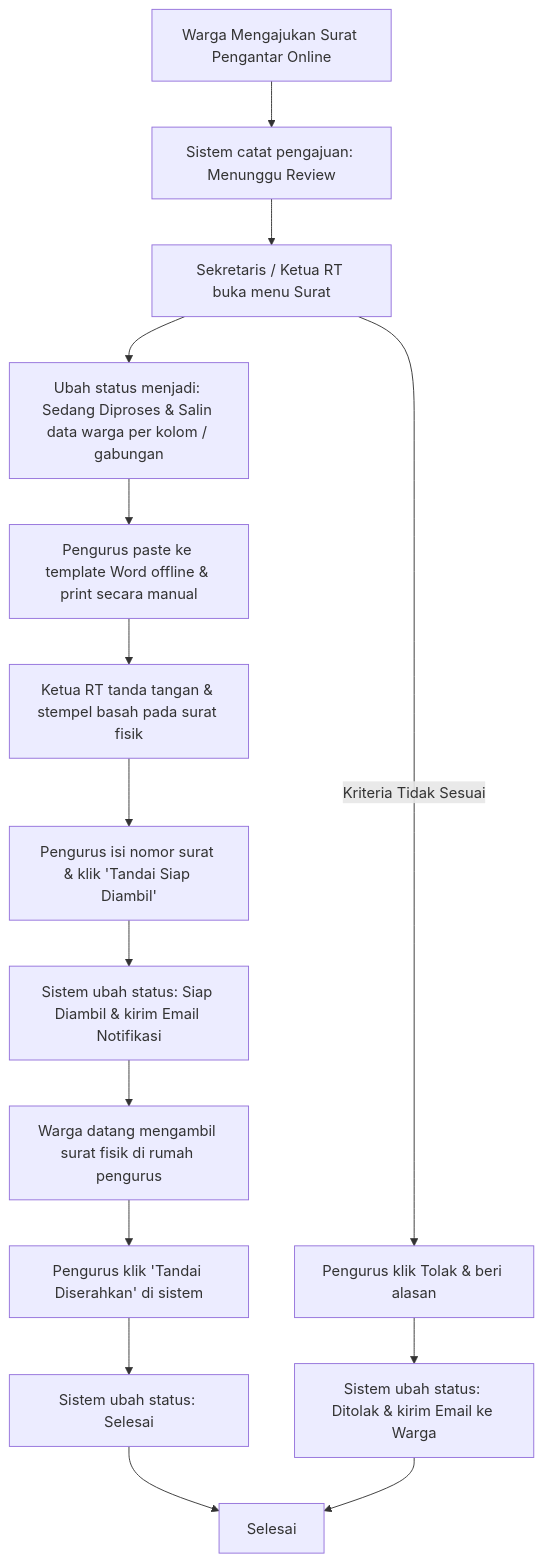
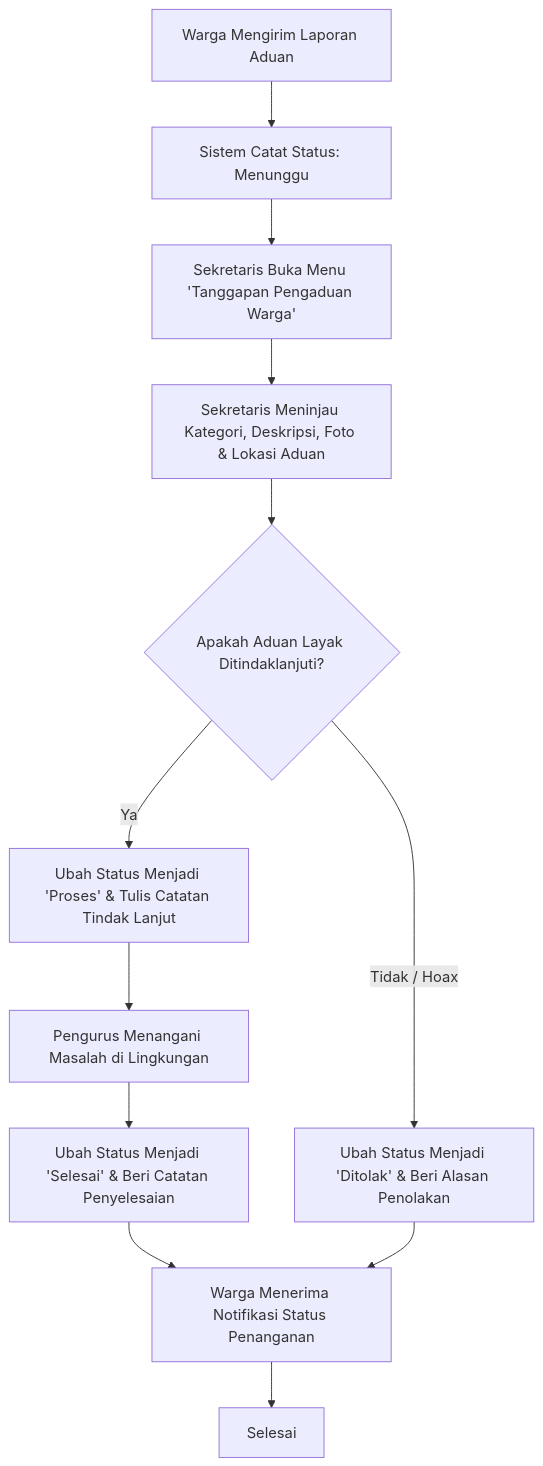
Before and after one commit to Araihan413/wargaku: the fourth of 5 diagrams in docs/roles/sekretaris.md, drawn with Mermaid. The commit also changed other lines of this file and 24 other files, not shown here.

````diff
--- a/docs/roles/sekretaris.md
+++ b/docs/roles/sekretaris.md
@@ -63,19 +136,17 @@
 ```mermaid
 flowchart TD
-    A[Warga Mengajukan Surat Pengantar Online] --> B[Sistem catat pengajuan: Menunggu Review]
-    B --> C[Sekretaris / Ketua RT buka menu Surat]
-    C --> D[Ubah status menjadi: Sedang Diproses & Salin data warga per kolom / gabungan]
-    D --> E[Pengurus paste ke template Word offline & print secara manual]
-    E --> F[Ketua RT tanda tangan & stempel basah pada surat fisik]
-    F --> G[Pengurus isi nomor surat & klik 'Tandai Siap Diambil']
-    G --> H[Sistem ubah status: Siap Diambil & kirim Email Notifikasi]
-    H --> I[Warga datang mengambil surat fisik di rumah pengurus]
-    I --> J[Pengurus klik 'Tandai Diserahkan' di sistem]
-    J --> K[Sistem ubah status: Selesai]
-    K --> L[Selesai]
+    A[Warga Mengirim Laporan Aduan] --> B[Sistem Catat Status: Menunggu]
+    B --> C[Sekretaris Buka Menu 'Tanggapan Pengaduan Warga']
+    C --> D[Sekretaris Meninjau Kategori, Deskripsi, Foto & Lokasi Aduan]
+    D --> E{Apakah Aduan Layak Ditindaklanjuti?}
     
-    %% Alur Penolakan
-    C -->|Kriteria Tidak Sesuai| M[Pengurus klik Tolak & beri alasan]
-    M --> N[Sistem ubah status: Ditolak & kirim Email ke Warga]
-    N --> L
+    E -->|Ya| F[Ubah Status Menjadi 'Proses' & Tulis Catatan Tindak Lanjut]
+    F --> G[Pengurus Menangani Masalah di Lingkungan]
+    G --> H[Ubah Status Menjadi 'Selesai' & Beri Catatan Penyelesaian]
+    
+    E -->|Tidak / Hoax| I[Ubah Status Menjadi 'Ditolak' & Beri Alasan Penolakan]
+    
+    H --> J[Warga Menerima Notifikasi Status Penanganan]
+    I --> J
+    J --> K[Selesai]
 ```
````
